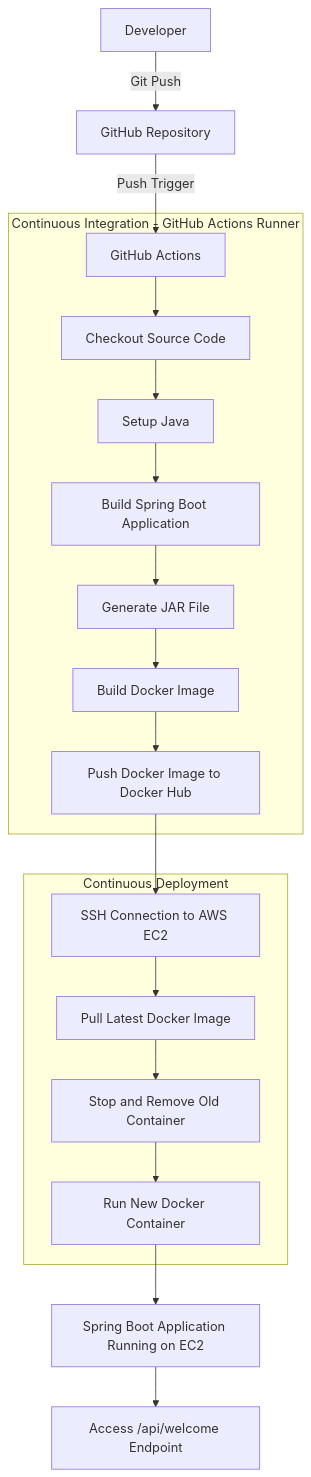
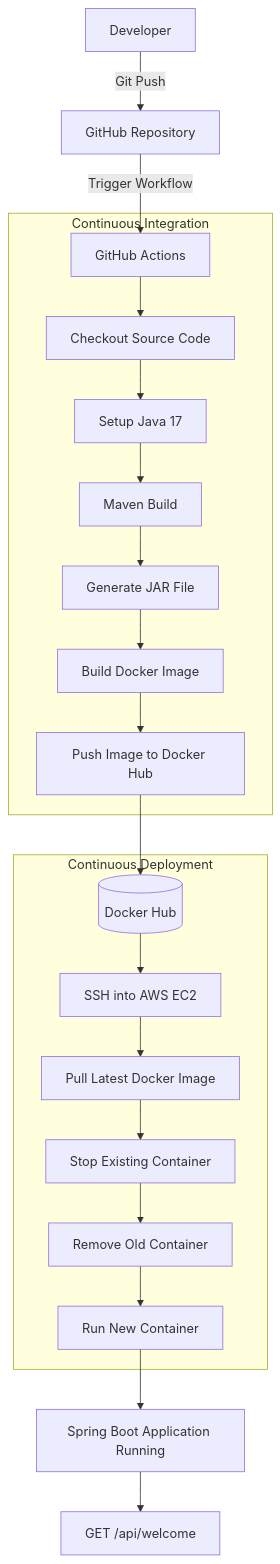
One commit to gaurav112233/ci-cd-masterclass changed the diagram in README.md. Above: the diagram before and after it, drawn with Mermaid.

````diff
--- a/README.md
+++ b/README.md
@@ -10,24 +10,30 @@
 ```mermaid
 flowchart TD
-    A["Developer"] -->|"Git Push"| B["GitHub Repository"]
-    B -->|"Push Trigger"| C["GitHub Actions"]
 
-    subgraph CI["Continuous Integration - GitHub Actions Runner"]
-        C --> D["Checkout Source Code"]
-        D --> E["Setup Java"]
-        E --> F["Build Spring Boot Application"]
-        F --> G["Generate JAR File"]
-        G --> H["Build Docker Image"]
-        H --> I["Push Docker Image to Docker Hub"]
+    A[Developer] -->|Git Push| B[GitHub Repository]
+
+    B -->|Trigger Workflow| C[GitHub Actions]
+
+    subgraph CI[Continuous Integration]
+        C --> D[Checkout Source Code]
+        D --> E[Setup Java 17]
+        E --> F[Maven Build]
+        F --> G[Generate JAR File]
+        G --> H[Build Docker Image]
+        H --> I[Push Image to Docker Hub]
     end
 
-    subgraph CD["Continuous Deployment"]
-        I --> J["SSH Connection to AWS EC2"]
-        J --> K["Pull Latest Docker Image"]
-        K --> L["Stop and Remove Old Container"]
-        L --> M["Run New Docker Container"]
+    I --> J[(Docker Hub)]
+
+    subgraph CD[Continuous Deployment]
+        J --> K[SSH into AWS EC2]
+        K --> L[Pull Latest Docker Image]
+        L --> M[Stop Existing Container]
+        M --> N[Remove Old Container]
+        N --> O[Run New Container]
     end
 
-    M --> N["Spring Boot Application Running on EC2"]
-    N --> O["Access /api/welcome Endpoint"]
+    O --> P[Spring Boot Application Running]
+
+    P --> Q["GET /api/welcome"]
 ```
````
